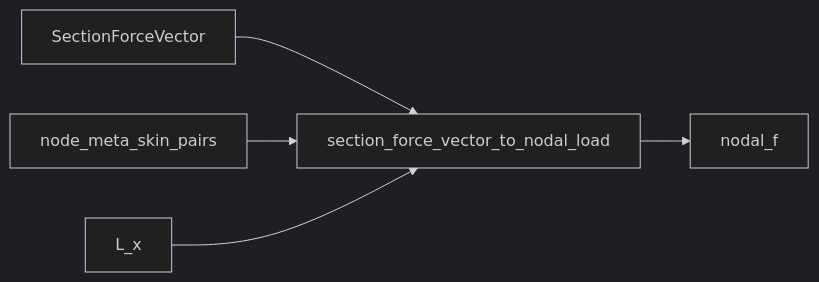
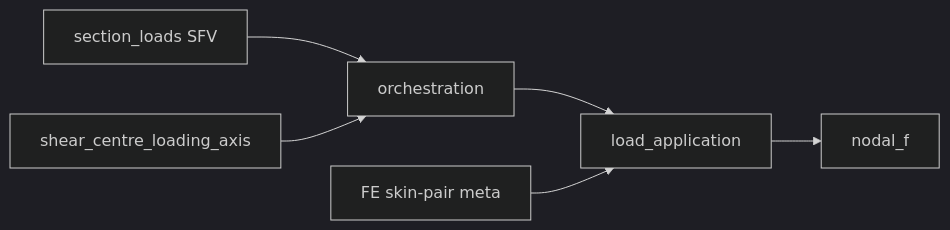
The diagram in section_shell_fea/pre_processing/loading/README.md (samhughes-fea/shell-fem), drawn with Mermaid (dark theme) before and after one commit. The commit also changed other lines of this file and 4 other files, not shown here.

````diff
--- a/section_shell_fea/pre_processing/loading/README.md
+++ b/section_shell_fea/pre_processing/loading/README.md
@@ -74,7 +51,8 @@
 ```mermaid
 flowchart LR
-  sfv[SectionForceVector] --> apply[section_force_vector_to_nodal_load]
-  meta[node_meta_skin_pairs] --> apply
-  Lx[L_x] --> apply
+  bsu[section_loads SFV] --> orch[orchestration]
+  orch --> apply[load_application]
+  meta[FE skin-pair meta] --> apply
   apply --> f[nodal_f]
+  sc[shear_centre_loading_axis] --> orch
 ```
````
